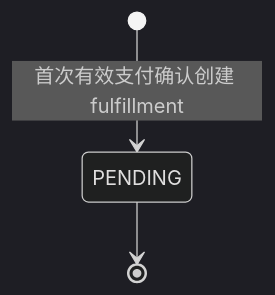
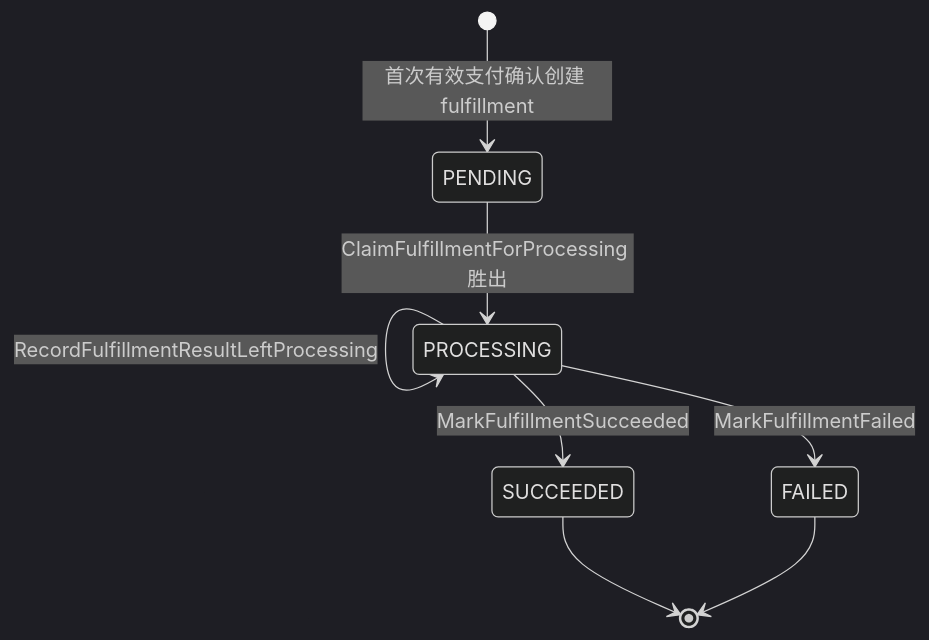
One commit to ericqin1111/ticket-core changed the third of 5 diagrams in docs/01_living_architecture/global_state_machine.md. Above: the diagram before and after it, drawn with Mermaid (dark theme). The commit also changed other lines of this file and 4 other files, not shown here.

Commit message:
docs: sync fulfillment processing living architecture

````diff
--- a/docs/01_living_architecture/global_state_machine.md
+++ b/docs/01_living_architecture/global_state_machine.md
@@ -67,5 +67,10 @@
 ```mermaid
 stateDiagram-v2
     [*] --> PENDING: 首次有效支付确认创建 fulfillment
-    PENDING --> [*]
+    PENDING --> PROCESSING: ClaimFulfillmentForProcessing 胜出
+    PROCESSING --> PROCESSING: RecordFulfillmentResultLeftProcessing
+    PROCESSING --> SUCCEEDED: MarkFulfillmentSucceeded
+    PROCESSING --> FAILED: MarkFulfillmentFailed
+    SUCCEEDED --> [*]
+    FAILED --> [*]
 ```
````
